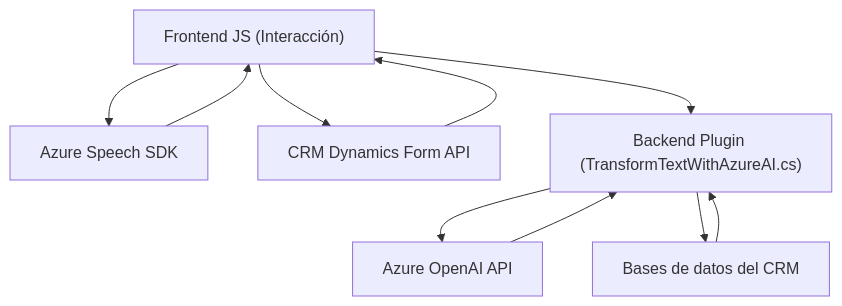
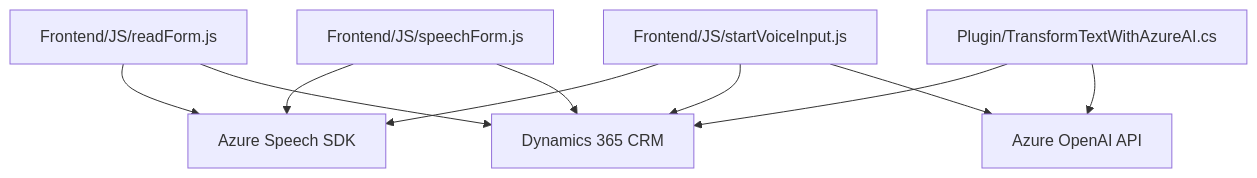
One commit to blopezdm/NETCORE_BILBAO2025 changed the diagram in README.md. Above: the diagram before and after it, drawn with Mermaid. The commit also changed other lines of this file, not shown here.

````diff
--- a/README.md
+++ b/README.md
@@ -41,19 +39,20 @@
 ```mermaid
 graph TD
-    A["Frontend JS (Interacción)"]
-    B["Azure Speech SDK"]
-    C["CRM Dynamics Form API"]
-    D["Backend Plugin (TransformTextWithAzureAI.cs)"]
-    E["Azure OpenAI API"]
-    F["Bases de datos del CRM"]
+  A["Frontend/JS/readForm.js"]
+  B["Frontend/JS/startVoiceInput.js"]
+  C["Frontend/JS/speechForm.js"]
+  D["Plugin/TransformTextWithAzureAI.cs"]
+  E["Azure Speech SDK"]
+  F["Azure OpenAI API"]
+  G["Dynamics 365 CRM"]
 
-    A --> B
-    A --> C
-    B --> A
-    C --> A
-    A --> D
-    D --> E
-    D --> F
-    E --> D
-    F --> D 
+  A --> E
+  B --> E
+  C --> E
+  A --> G
+  B --> G
+  C --> G
+  D --> G
+  B --> F
+  D --> F
 ```
````
